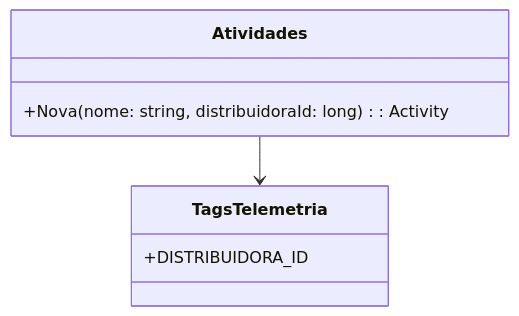
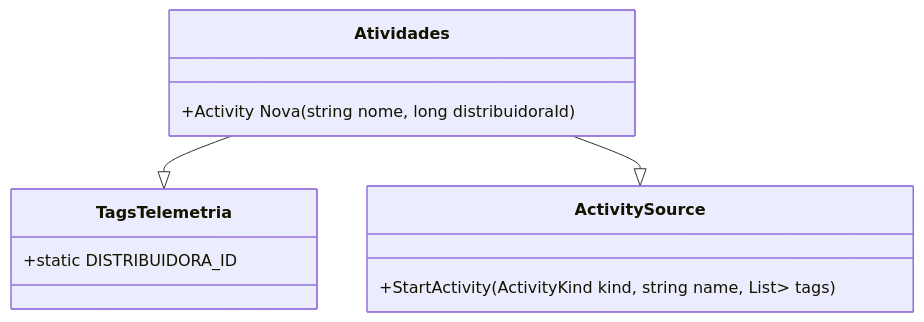
One commit to IsthmusSistemas/documentacao-tecnica changed the diagram in docs/b2b-dominio/IsthmusWinthor.Nucleo/IsthmusWinthor.Dominio/Monitoramentos/Atividades.md. Above: the diagram before and after it, drawn with Mermaid. The commit also changed other lines of this file and 882 other files, not shown here.

````diff
--- a/docs/b2b-dominio/IsthmusWinthor.Nucleo/IsthmusWinthor.Dominio/Monitoramentos/Atividades.md
+++ b/docs/b2b-dominio/IsthmusWinthor.Nucleo/IsthmusWinthor.Dominio/Monitoramentos/Atividades.md
@@ -36,10 +32,17 @@
 ```mermaid
 classDiagram
     class Atividades {
-        +Nova(nome: string, distribuidoraId: long): Activity
+        +Activity Nova(string nome, long distribuidoraId)
     }
+    
     class TagsTelemetria {
-        +DISTRIBUIDORA_ID
+        +static DISTRIBUIDORA_ID
     }
-    Atividades --> TagsTelemetria
+    
+    class ActivitySource {
+        +StartActivity(ActivityKind kind, string name, List<KeyValuePair<string, object>> tags)
+    }
+    
+    Atividades --|> TagsTelemetria
+    Atividades --|> ActivitySource
 ```
````
